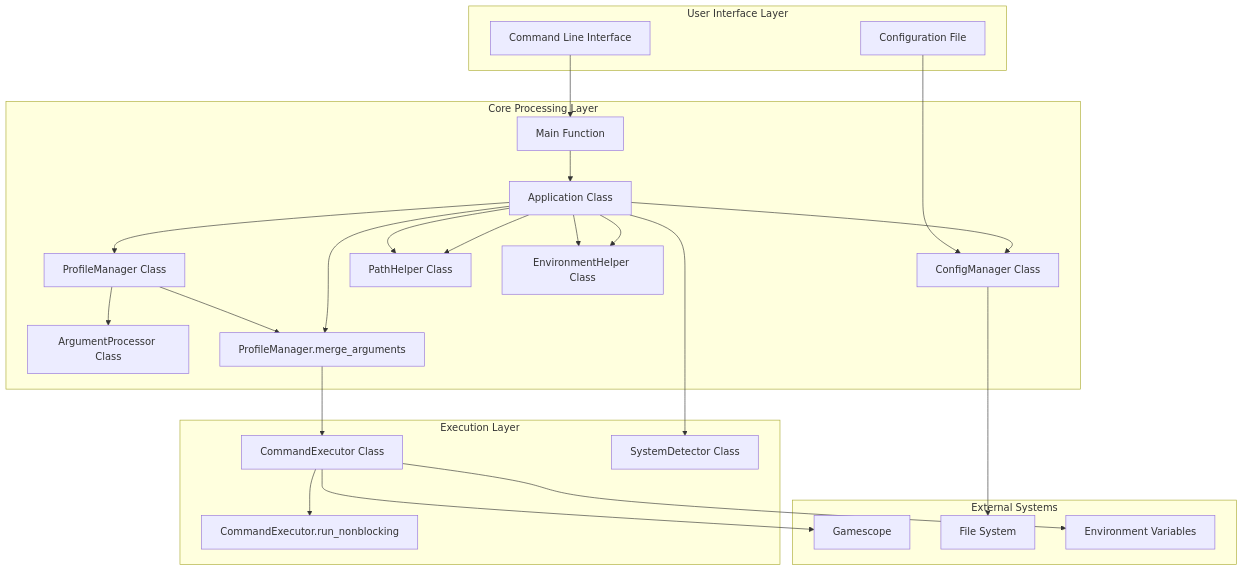
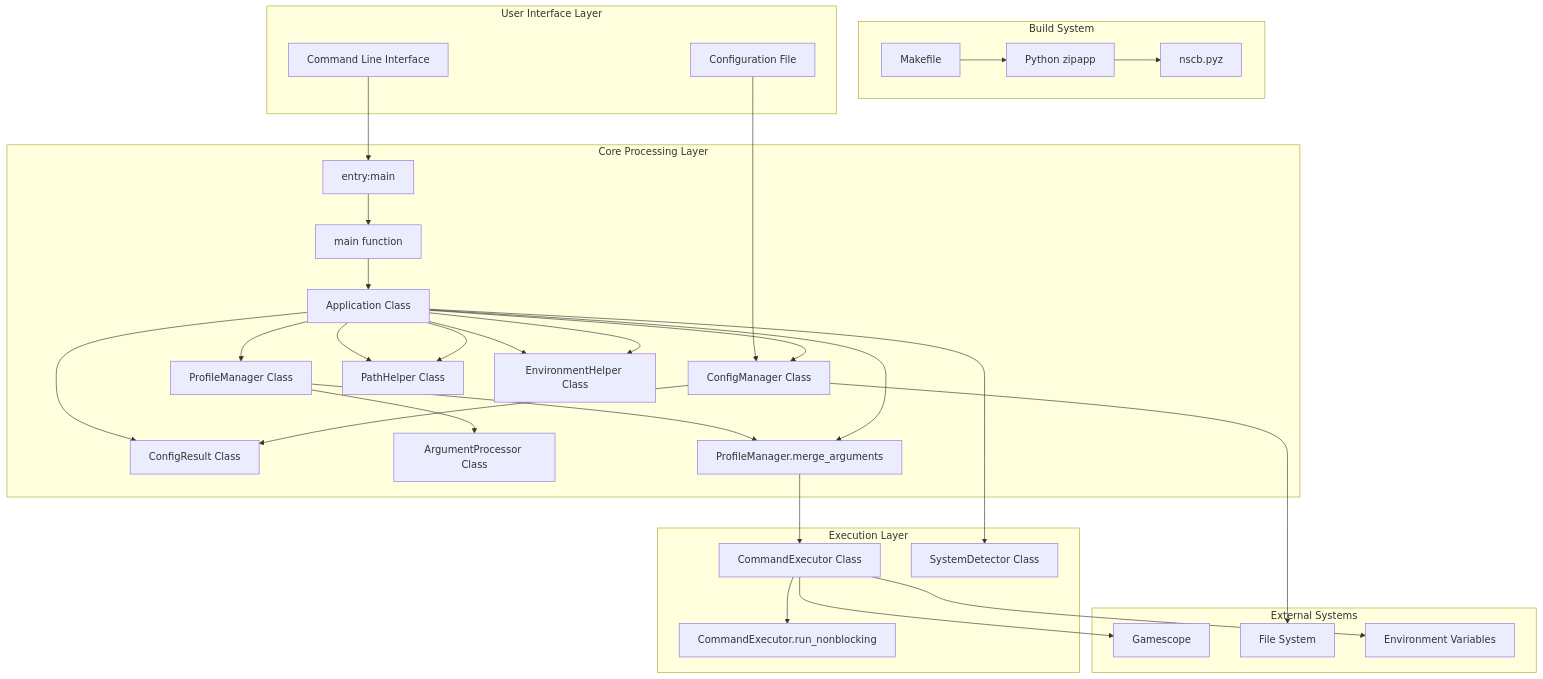
The second of 3 diagrams in DESIGN.md (WombatFromHell/neoscopebuddy), drawn with Mermaid before and after one commit. The commit also changed other lines of this file and 35 other files, not shown here.

Commit message:
Major restructuring to use 'zipapp' and a Makefile for bundling an artifact

````diff
--- a/DESIGN.md
+++ b/DESIGN.md
@@ -204,49 +282,62 @@
 ```mermaid
 graph TB
+    subgraph "Build System"
+        Makefile[Makefile]
+        Zipapp[Python zipapp]
+        Package[nscb.pyz]
+    end
+
     subgraph "User Interface Layer"
         CLI[Command Line Interface]
         Config[Configuration File]
     end
 
     subgraph "Core Processing Layer"
-        Main[Main Function]
+        Entry[entry:main]
+        MainFunc[main function]
         App[Application Class]
         ProfileManager[ProfileManager Class]
         ConfigManager[ConfigManager Class]
+        ConfigResult[ConfigResult Class]
         ArgProcessor[ArgumentProcessor Class]
         Merger[ProfileManager.merge_arguments]
         PathHelper[PathHelper Class]
         EnvHelper[EnvironmentHelper Class]
     end
 
     subgraph "Execution Layer"
         Executor[CommandExecutor Class]
         Runner[CommandExecutor.run_nonblocking]
         Detector[SystemDetector Class]
     end
 
     subgraph "External Systems"
         Gamescope[Gamescope]
         FS[File System]
         Env[Environment Variables]
     end
 
-    CLI --> Main
-    Main --> App
+    Makefile --> Zipapp
+    Zipapp --> Package
+    CLI --> Entry
+    Entry --> MainFunc
+    MainFunc --> App
     Config --> ConfigManager
     App --> ProfileManager
     App --> ConfigManager
+    App --> ConfigResult
     App --> PathHelper
     App --> EnvHelper
     ProfileManager --> Merger
     App --> Merger
     Merger --> Executor
     App --> Detector
     Executor --> Runner
     Executor --> Gamescope
     ProfileManager --> ArgProcessor
+    ConfigManager --> ConfigResult
     ConfigManager --> FS
     Executor --> Env
     App --> PathHelper
     App --> EnvHelper
 ```
````
